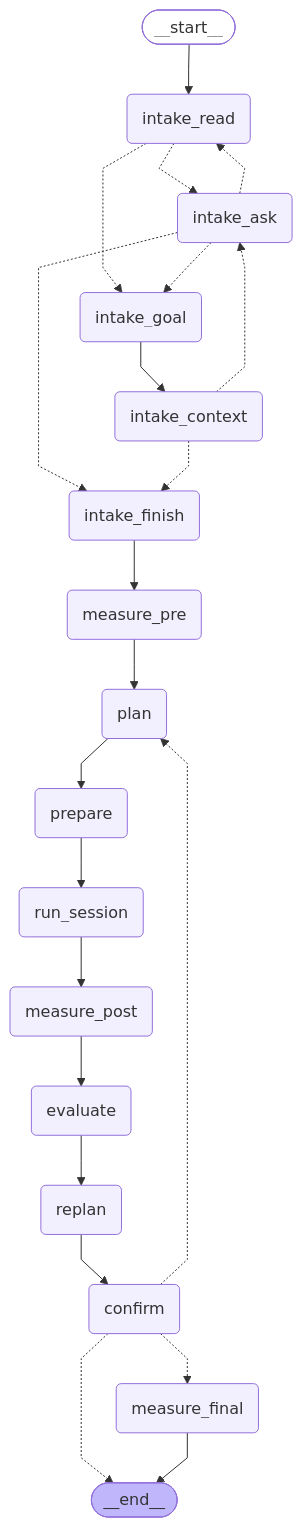
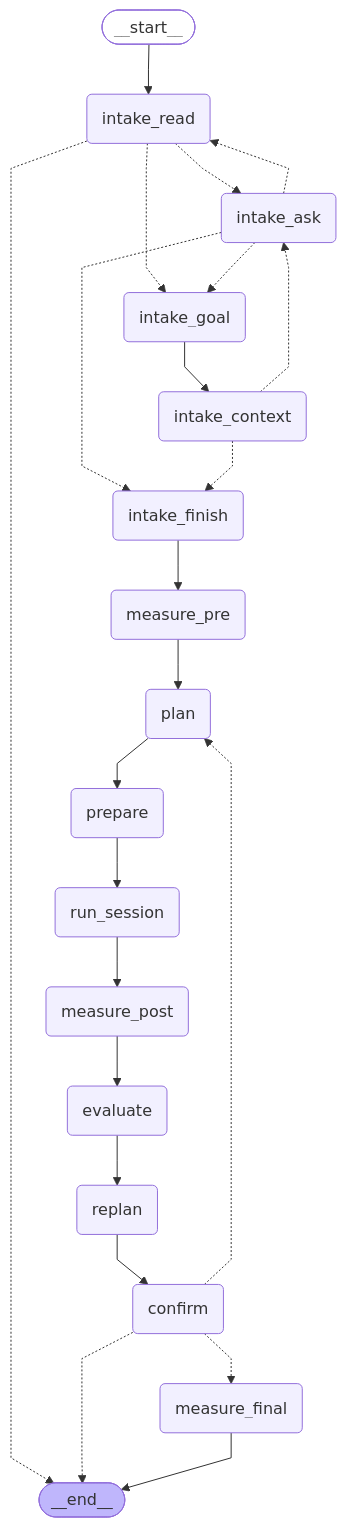
One commit to lumi-wellness-agent/lumi-wellness-agent-be changed the diagram in README.md. Above: the diagram before and after it, drawn with Mermaid. The commit also changed other lines of this file and 10 other files, not shown here.

````diff
--- a/README.md
+++ b/README.md
@@ -31,48 +31,49 @@
 ```mermaid
 ---
 config:
   flowchart:
     curve: linear
 ---
 graph TD;
 	__start__([<p>__start__</p>]):::first
 	intake_read(intake_read)
 	intake_ask(intake_ask)
 	intake_goal(intake_goal)
 	intake_context(intake_context)
 	intake_finish(intake_finish)
 	measure_pre(measure_pre)
 	plan(plan)
 	prepare(prepare)
 	run_session(run_session)
 	measure_post(measure_post)
 	evaluate(evaluate)
 	replan(replan)
 	confirm(confirm)
 	measure_final(measure_final)
 	__end__([<p>__end__</p>]):::last
 	__start__ --> intake_read;
 	intake_read -.-> intake_ask;
 	intake_read -.-> intake_goal;
+	intake_read -.-> __end__;
 	intake_ask -.-> intake_read;
 	intake_ask -.-> intake_goal;
 	intake_ask -.-> intake_finish;
 	intake_goal --> intake_context;
 	intake_context -.-> intake_ask;
 	intake_context -.-> intake_finish;
 	intake_finish --> measure_pre;
 	confirm -.-> __end__;
 	confirm -.-> measure_final;
 	confirm -.-> plan;
 	evaluate --> replan;
 	measure_post --> evaluate;
 	measure_pre --> plan;
 	plan --> prepare;
 	prepare --> run_session;
 	replan --> confirm;
 	run_session --> measure_post;
 	measure_final --> __end__;
 	classDef default fill:#f2f0ff,line-height:1.2
 	classDef first fill-opacity:0
 	classDef last fill:#bfb6fc
 ```
````
